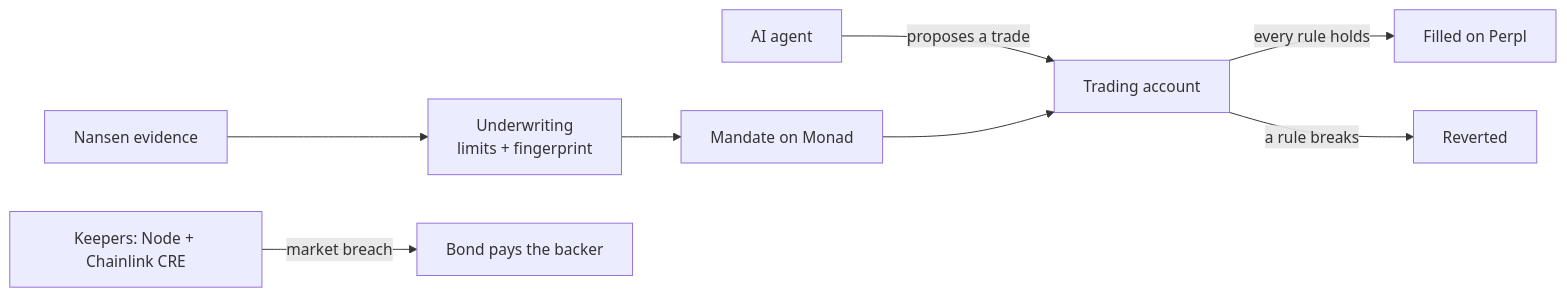
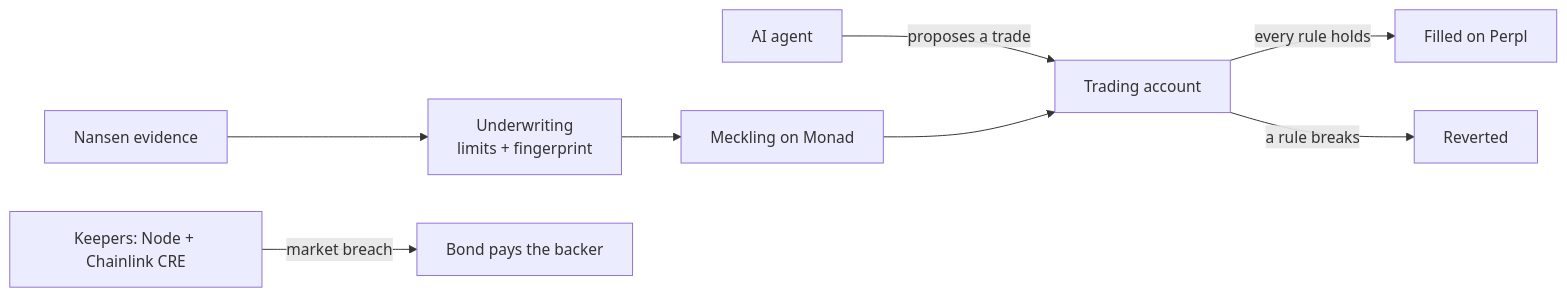
One commit to Demiladepy/meckling changed the diagram in README.md. Above: the diagram before and after it, drawn with Mermaid. The commit also changed other lines of this file and 12 other files, not shown here.

First line of the commit message:
Rename the product to Meckling (formerly Mandate)

````diff
--- a/README.md
+++ b/README.md
@@ -39,10 +41,10 @@
 ```mermaid
 flowchart LR
     N[Nansen evidence] --> U[Underwriting<br/>limits + fingerprint]
-    U --> R[Mandate on Monad]
+    U --> R[Meckling on Monad]
     A[AI agent] -->|proposes a trade| M[Trading account]
     R --> M
     M -->|every rule holds| P[Filled on Perpl]
     M -->|a rule breaks| X[Reverted]
     K[Keepers: Node + Chainlink CRE] -->|market breach| B[Bond pays the backer]
 ```
````
